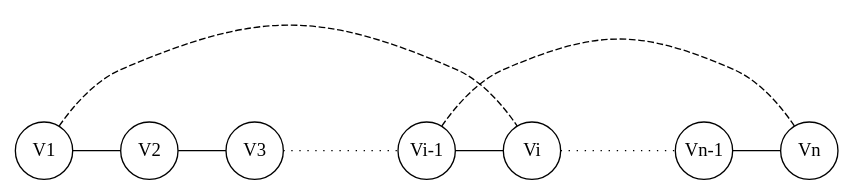
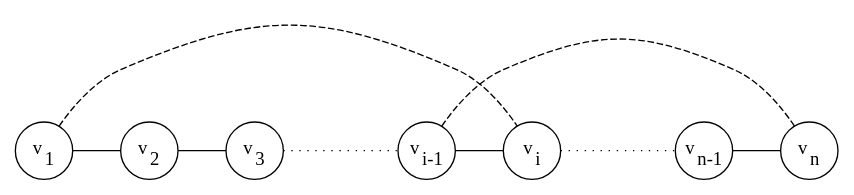
Before and after one commit to shaazzz/GTOI: the diagram in dot/Ore_Theorem_Proof.dot, drawn with Graphviz. The commit also changed 3 other files, not shown here.

Commit message:
Modified Some Graphviz Files

```diff
--- a/dot/Ore_Theorem_Proof.dot
+++ b/dot/Ore_Theorem_Proof.dot
@@ -1,27 +1,27 @@
 graph G {
     node [label="", shape=circle, fixedsize=true, width=0.6];
 
     A -- B -- C 
     C -- D [style=dotted, label="               "]
     D -- E 
     E -- F [style=dotted, label="               "]
     F -- G 
     A -- E [style=dashed]
     D -- G [style=dashed]
 
-    A [label=V1]
-    B [label=V2]
-    C [label=V3]
-    D [label="Vi-1"]
-    E [label=Vi]
-    F [label="Vn-1"]
-    G [label="Vn"]
+    A [label=<v<SUB>1</SUB>>]
+    B [label=<v<SUB>2</SUB>>]
+    C [label=<v<SUB>3</SUB>>]
+    D [label=<v<SUB>i-1</SUB>>]
+    E [label=<v<SUB>i</SUB>>]
+    F [label=<v<SUB>n-1</SUB>>]
+    G [label=<v<SUB>n</SUB>>]
 
     X [width=0]
     X, Y [style=invis]
     C -- X [style=invis]
     {rank=min; X}
     {rank=same; X}
     {rank=same; Y}
     {rank=same; A, B, C, D, E, F, G}
 }
```
